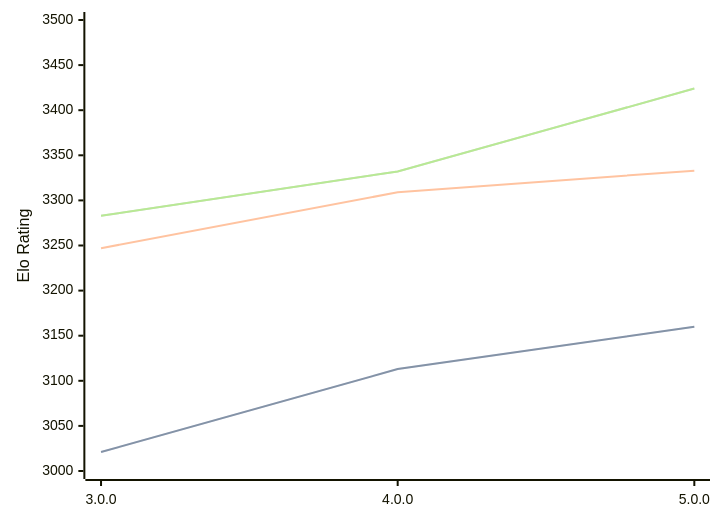
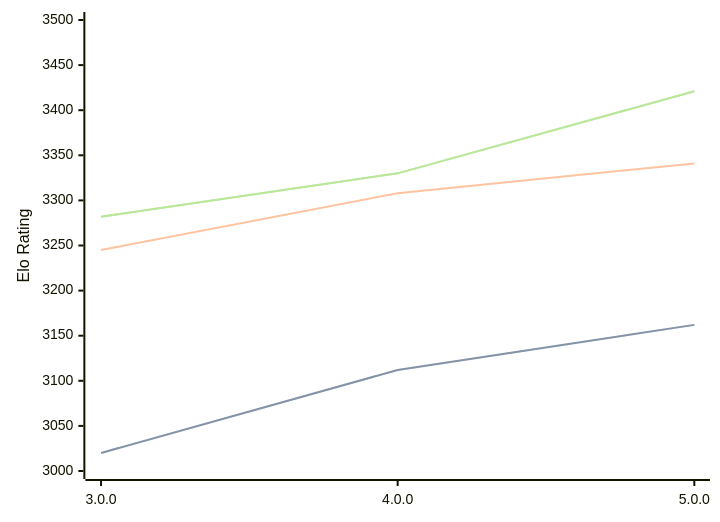
Before and after one commit to computer-chess-index/cci: the diagram in engines/Minke.md, drawn with Mermaid. The commit also changed other lines of this file, not shown here.

Commit message:
Update CCI Ratings (ELO VLTC) - 2026-02-18

````diff
--- a/engines/Minke.md
+++ b/engines/Minke.md
@@ -32,11 +32,11 @@
 ```mermaid
 %%{init: {"theme":"base","themeVariables":{"seriesColors:['#a3a3a3','#222221','#faa371']}}}%%
 xychart-beta
   x-axis ["3.0.0", "4.0.0", "5.0.0"]
   y-axis "Elo Rating" 3000 --> 3500
-  line "STC (8.0+0.08s)" [3021, 3113, 3160]
-  line "STC (8.0+0.08s)" [3021, 3113, 3160]
-  line "LTC (60.0+0.60s)" [3247, 3309, 3333]
-  line "VLTC (2m24s+1.12s)" [3283, 3332, 3424]
-  line "VLTC (2m24s+1.12s)" [3283, 3332, 3424]
+  line "STC (8.0+0.08s)" [3020, 3112, 3162]
+  line "STC (8.0+0.08s)" [3020, 3112, 3162]
+  line "LTC (60.0+0.60s)" [3245, 3308, 3341]
+  line "VLTC (2m24s+1.12s)" [3282, 3330, 3421]
+  line "VLTC (2m24s+1.12s)" [3282, 3330, 3421]
 ```
````
